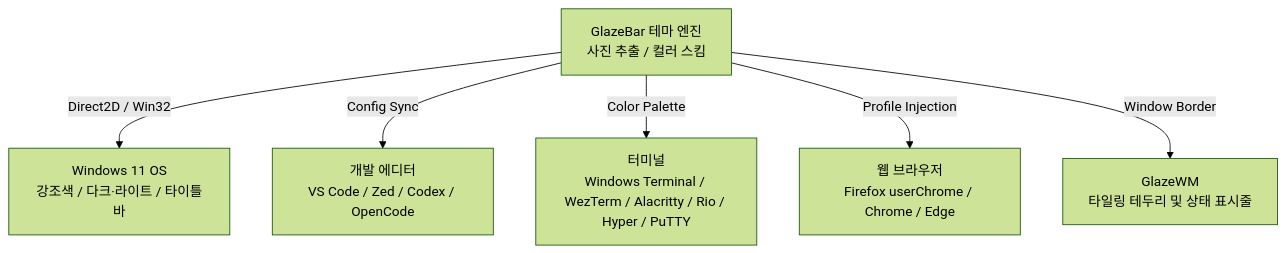
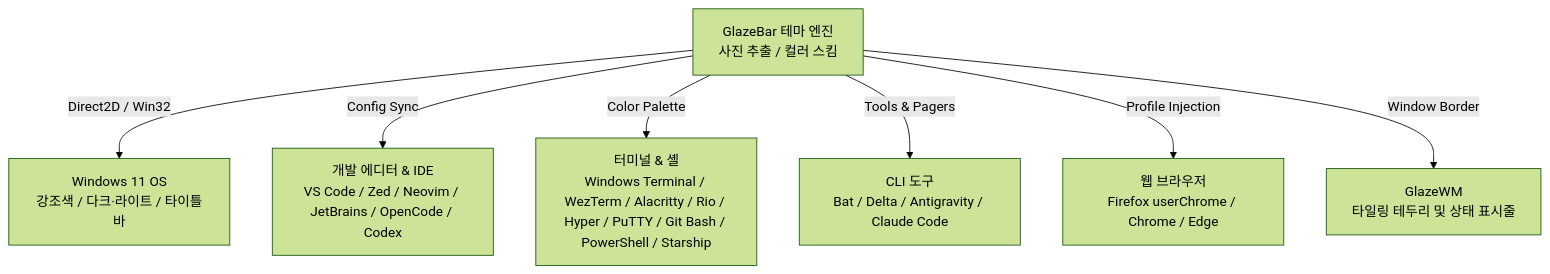
One commit to partrita/GlazeBar changed the diagram in README.md. Above: the diagram before and after it, drawn with Mermaid (forest theme). The commit also changed other lines of this file and 10 other files, not shown here.

Commit message:
feat(theme): add Windows dev tools all-in-one theme sync, clock format & opacity options

````diff
--- a/README.md
+++ b/README.md
@@ -87,8 +87,9 @@
 ```mermaid
 flowchart TD
     GB[GlazeBar 테마 엔진\n사진 추출 / 컬러 스킴] -->|Direct2D / Win32| OS[Windows 11 OS\n강조색 / 다크·라이트 / 타이틀바]
-    GB -->|Config Sync| EDITORS[개발 에디터\nVS Code / Zed / Codex / OpenCode]
-    GB -->|Color Palette| TERMS[터미널\nWindows Terminal / WezTerm / Alacritty / Rio / Hyper / PuTTY]
+    GB -->|Config Sync| EDITORS[개발 에디터 & IDE\nVS Code / Zed / Neovim / JetBrains / OpenCode / Codex]
+    GB -->|Color Palette| TERMS[터미널 & 셸\nWindows Terminal / WezTerm / Alacritty / Rio / Hyper / PuTTY / Git Bash / PowerShell / Starship]
+    GB -->|Tools & Pagers| TOOLS[CLI 도구\nBat / Delta / Antigravity / Claude Code]
     GB -->|Profile Injection| BROWSERS[웹 브라우저\nFirefox userChrome / Chrome / Edge]
     GB -->|Window Border| WM[GlazeWM\n타일링 테두리 및 상태 표시줄]
 ```
````
